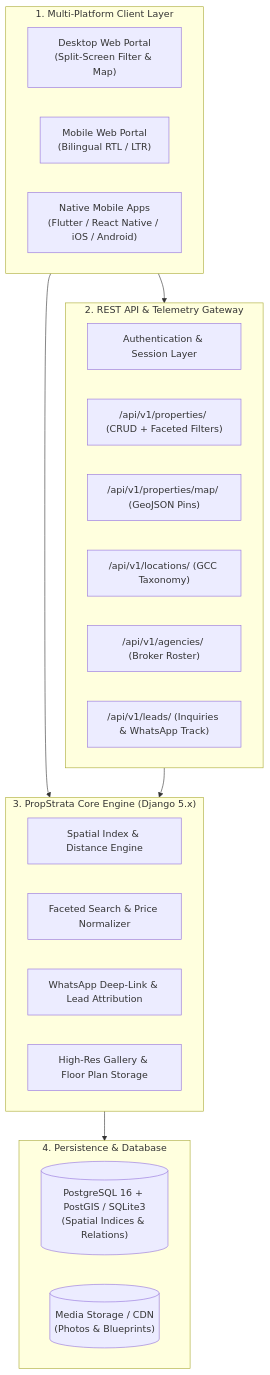
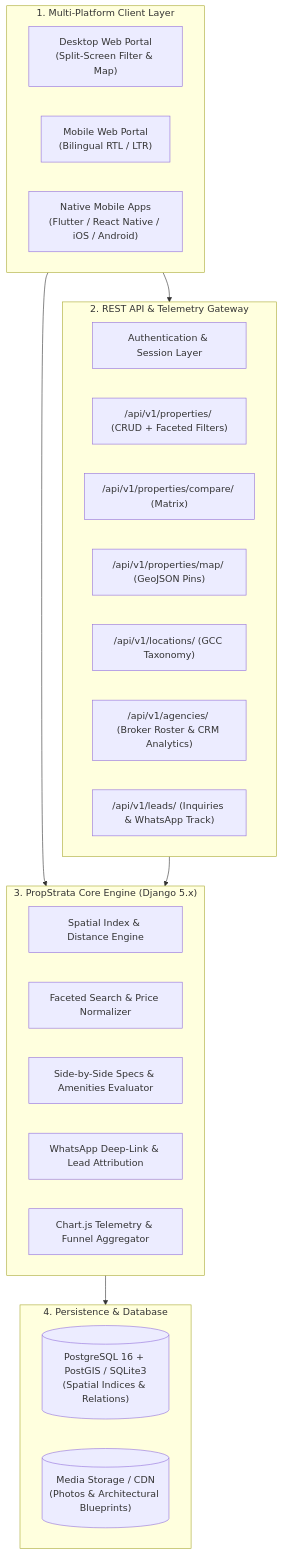
One commit to AhmedKhalid0/propstrata-engine changed the diagram in README.md. Above: the diagram before and after it, drawn with Mermaid. The commit also changed other lines of this file and 9 other files, not shown here.

Commit message:
docs: enrich documentation with real browser screenshots, API reference, deployment guide, and broker CRM playbook

````diff
--- a/README.md
+++ b/README.md
@@ -39,34 +59,36 @@
 ```mermaid
 flowchart TD
     subgraph Clients ["1. Multi-Platform Client Layer"]
         WebDesktop["Desktop Web Portal<br/>(Split-Screen Filter & Map)"]
         WebMobile["Mobile Web Portal<br/>(Bilingual RTL / LTR)"]
         MobileApp["Native Mobile Apps<br/>(Flutter / React Native / iOS / Android)"]
     end
 
     subgraph API_Gateway ["2. REST API & Telemetry Gateway"]
         AuthRouter["Authentication & Session Layer"]
         PropRouter["/api/v1/properties/ (CRUD + Faceted Filters)"]
+        CompareRouter["/api/v1/properties/compare/ (Matrix)"]
         MapRouter["/api/v1/properties/map/ (GeoJSON Pins)"]
         LocRouter["/api/v1/locations/ (GCC Taxonomy)"]
-        AgencyRouter["/api/v1/agencies/ (Broker Roster)"]
+        AgencyRouter["/api/v1/agencies/ (Broker Roster & CRM Analytics)"]
         LeadRouter["/api/v1/leads/ (Inquiries & WhatsApp Track)"]
     end
 
     subgraph Business_Engine ["3. PropStrata Core Engine (Django 5.x)"]
         SpatialQuery["Spatial Index & Distance Engine"]
         FacetedFilter["Faceted Search & Price Normalizer"]
+        ComparisonEngine["Side-by-Side Specs & Amenities Evaluator"]
         LeadCapture["WhatsApp Deep-Link & Lead Attribution"]
-        MediaManager["High-Res Gallery & Floor Plan Storage"]
+        CRMAnalytics["Chart.js Telemetry & Funnel Aggregator"]
     end
 
     subgraph Storage_Layer ["4. Persistence & Database"]
         DB[("PostgreSQL 16 + PostGIS / SQLite3<br/>(Spatial Indices & Relations)")]
-        MediaCDN[("Media Storage / CDN<br/>(Photos & Blueprints)")]
+        MediaCDN[("Media Storage / CDN<br/>(Photos & Architectural Blueprints)")]
     end
 
     Clients --> API_Gateway
     Clients --> Business_Engine
     API_Gateway --> Business_Engine
     Business_Engine --> Storage_Layer
 ```
````
